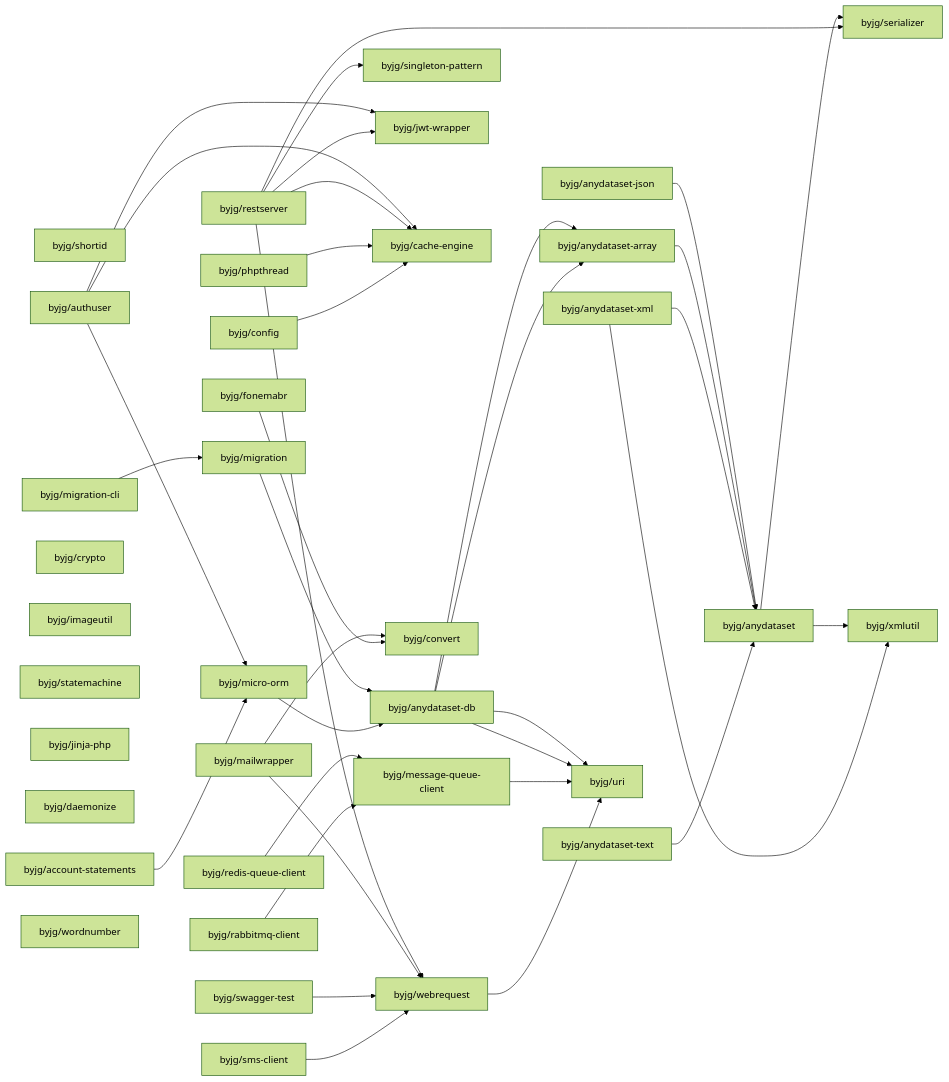
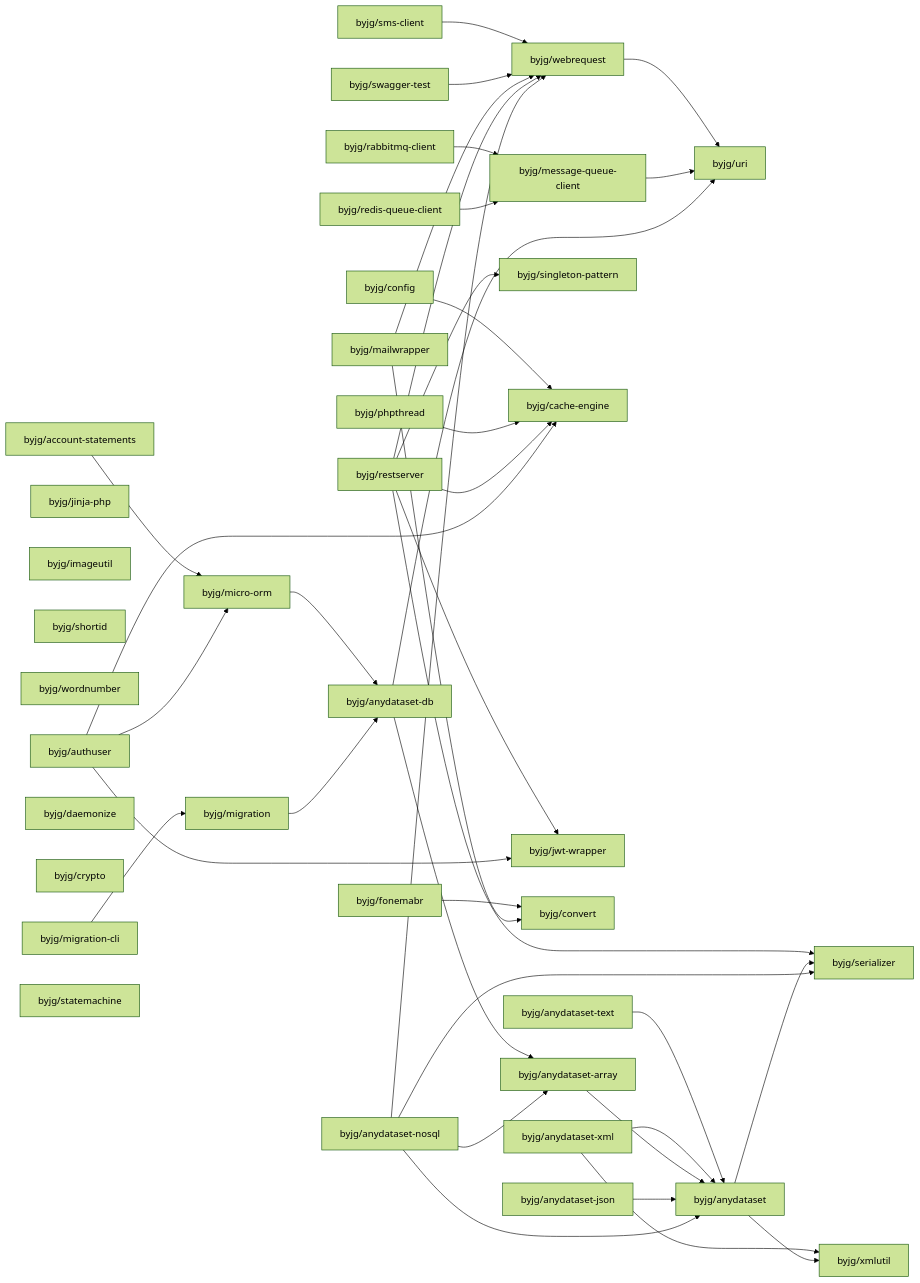
The diagram in php/README.md (byjg/byjg.github.io), drawn with Mermaid (forest theme) before and after one commit. The commit also changed 1 other file, not shown here.

Commit message:
Update documentation 'php' 'php-anydataset-nosql'

````diff
--- a/php/README.md
+++ b/php/README.md
@@ -3,73 +3,76 @@
 ```mermaid
 graph LR;
+  byjg/config;
+  byjg/migration-cli;
+  byjg/rabbitmq-client;
+  byjg/jinja-php;
+  byjg/imageutil;
+  byjg/phpthread;
   byjg/shortid;
+  byjg/anydataset-xml;
+  byjg/wordnumber;
   byjg/swagger-test;
+  byjg/restserver;
+  byjg/fonemabr;
+  byjg/authuser;
+  byjg/daemonize;
+  byjg/anydataset-text;
   byjg/anydataset-json;
-  byjg/anydataset-text;
+  byjg/mailwrapper;
+  byjg/crypto;
+  byjg/account-statements;
+  byjg/sms-client;
   byjg/redis-queue-client;
-  byjg/account-statements;
-  byjg/config;
-  byjg/anydataset-xml;
-  byjg/sms-client;
-  byjg/authuser;
-  byjg/crypto;
-  byjg/rabbitmq-client;
-  byjg/imageutil;
-  byjg/restserver;
+  byjg/anydataset-nosql;
   byjg/statemachine;
-  byjg/fonemabr;
-  byjg/phpthread;
-  byjg/jinja-php;
-  byjg/daemonize;
-  byjg/mailwrapper;
-  byjg/migration-cli;
-  byjg/wordnumber;
+  byjg/migration;
+  byjg/singleton-pattern;
+  byjg/cache-engine;
+  byjg/jwt-wrapper;
+  byjg/convert;
   byjg/micro-orm;
   byjg/message-queue-client;
-  byjg/singleton-pattern;
-  byjg/jwt-wrapper;
-  byjg/cache-engine;
-  byjg/convert;
   byjg/webrequest;
-  byjg/migration;
   byjg/anydataset-db;
   byjg/anydataset-array;
   byjg/uri;
   byjg/anydataset;
   byjg/serializer;
   byjg/xmlutil;
   byjg/sms-client --> byjg/webrequest;
   byjg/fonemabr --> byjg/convert;
   byjg/config --> byjg/cache-engine;
   byjg/anydataset-text --> byjg/anydataset;
   byjg/webrequest --> byjg/uri;
   byjg/account-statements --> byjg/micro-orm;
   byjg/rabbitmq-client --> byjg/message-queue-client;
   byjg/micro-orm --> byjg/anydataset-db;
   byjg/phpthread --> byjg/cache-engine;
   byjg/swagger-test --> byjg/webrequest;
   byjg/anydataset-xml --> byjg/anydataset;
   byjg/anydataset-xml --> byjg/xmlutil;
   byjg/anydataset-array --> byjg/anydataset;
   byjg/mailwrapper --> byjg/convert;
   byjg/mailwrapper --> byjg/webrequest;
   byjg/message-queue-client --> byjg/uri;
   byjg/anydataset-db --> byjg/anydataset-array;
   byjg/anydataset-db --> byjg/uri;
   byjg/anydataset-json --> byjg/anydataset;
   byjg/migration --> byjg/anydataset-db;
   byjg/redis-queue-client --> byjg/message-queue-client;
   byjg/restserver --> byjg/serializer;
   byjg/restserver --> byjg/singleton-pattern;
   byjg/restserver --> byjg/cache-engine;
   byjg/restserver --> byjg/webrequest;
   byjg/restserver --> byjg/jwt-wrapper;
   byjg/authuser --> byjg/micro-orm;
   byjg/authuser --> byjg/cache-engine;
   byjg/authuser --> byjg/jwt-wrapper;
   byjg/migration-cli --> byjg/migration;
   byjg/anydataset --> byjg/serializer;
   byjg/anydataset --> byjg/xmlutil;
-  byjg/anydataset-db --> byjg/anydataset-array;
-  byjg/anydataset-db --> byjg/uri;
+  byjg/anydataset-nosql --> byjg/anydataset;
+  byjg/anydataset-nosql --> byjg/anydataset-array;
+  byjg/anydataset-nosql --> byjg/serializer;
+  byjg/anydataset-nosql --> byjg/webrequest;
 ```
````
